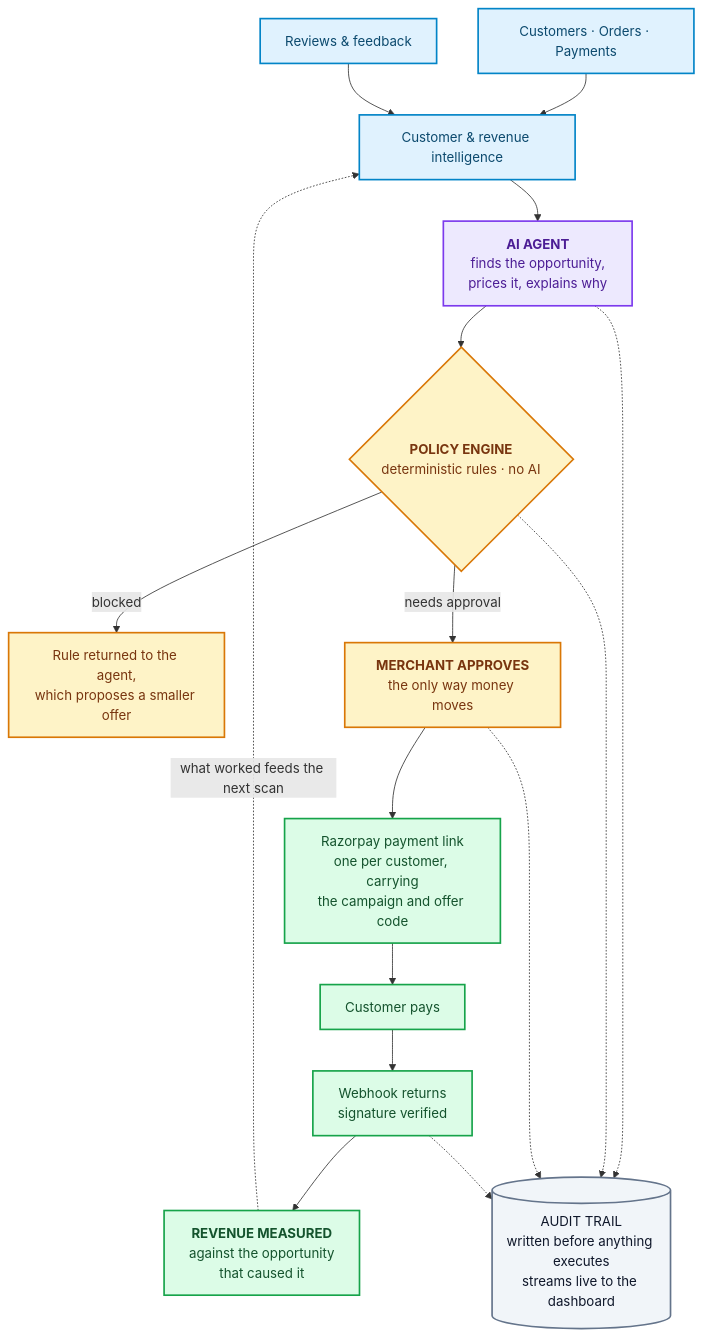
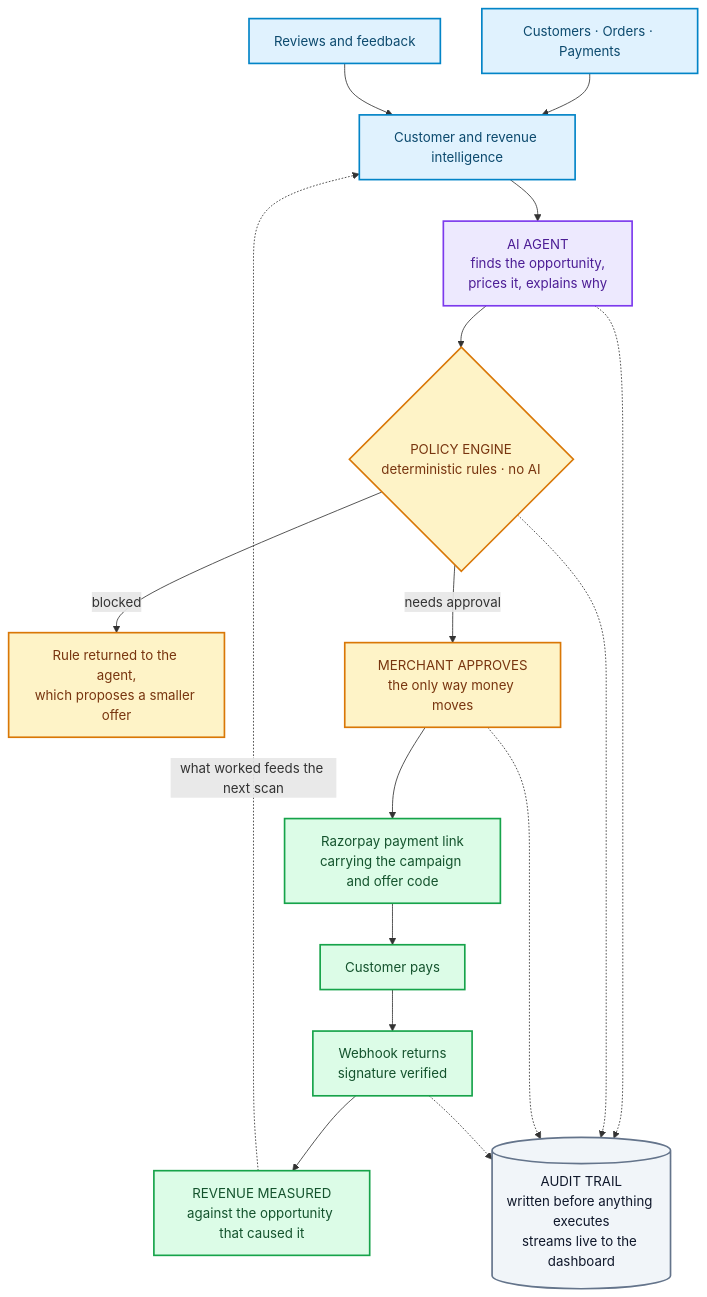
One commit to Yashukiran/RevPulse changed the diagram in README.md. Above: the diagram before and after it, drawn with Mermaid.

Commit message:
declare the diagram's nodes and classes separately so it cannot fail to render

````diff
--- a/README.md
+++ b/README.md
@@ -160,32 +160,44 @@
 ```mermaid
 flowchart TD
-    A["Customers · Orders · Payments"]:::data
-    B["Reviews &amp; feedback"]:::data
-    A --> C["Customer &amp; revenue intelligence"]:::data
+    A["Customers · Orders · Payments"]
+    B["Reviews and feedback"]
+    C["Customer and revenue intelligence"]
+    D["AI AGENT<br/>finds the opportunity,<br/>prices it, explains why"]
+    E{"POLICY ENGINE<br/>deterministic rules · no AI"}
+    F["Rule returned to the agent,<br/>which proposes a smaller offer"]
+    G["MERCHANT APPROVES<br/>the only way money moves"]
+    H["Razorpay payment link<br/>carrying the campaign and offer code"]
+    I["Customer pays"]
+    J["Webhook returns<br/>signature verified"]
+    K["REVENUE MEASURED<br/>against the opportunity that caused it"]
+    L[("AUDIT TRAIL<br/>written before anything executes<br/>streams live to the dashboard")]
+
+    A --> C
     B --> C
+    C --> D
+    D --> E
+    E -->|blocked| F
+    E -->|needs approval| G
+    G --> H
+    H --> I
+    I --> J
+    J --> K
+    K -.->|what worked feeds the next scan| C
 
-    C --> D["<b>AI AGENT</b><br/>finds the opportunity,<br/>prices it, explains why"]:::ai
-
-    D --> E{"<b>POLICY ENGINE</b><br/>deterministic rules · no AI"}:::gate
-    E -->|blocked| F["Rule returned to the agent,<br/>which proposes a smaller offer"]:::gate
-    E -->|needs approval| G["<b>MERCHANT APPROVES</b><br/>the only way money moves"]:::gate
-
-    G --> H["Razorpay payment link<br/>one per customer, carrying<br/>the campaign and offer code"]:::money
-    H --> I["Customer pays"]:::money
-    I --> J["Webhook returns<br/>signature verified"]:::money
-    J --> K["<b>REVENUE MEASURED</b><br/>against the opportunity<br/>that caused it"]:::money
-
-    K -.->|"what worked feeds the next scan"| C
-
-    L[("AUDIT TRAIL<br/>written before anything executes<br/>streams live to the dashboard")]:::audit
     D -.-> L
     E -.-> L
     G -.-> L
     J -.-> L
 
     classDef data fill:#e0f2fe,stroke:#0284c7,stroke-width:2px,color:#0c4a6e
     classDef ai fill:#ede9fe,stroke:#7c3aed,stroke-width:2px,color:#4c1d95
     classDef gate fill:#fef3c7,stroke:#d97706,stroke-width:2px,color:#78350f
     classDef money fill:#dcfce7,stroke:#16a34a,stroke-width:2px,color:#14532d
     classDef audit fill:#f1f5f9,stroke:#64748b,stroke-width:2px,color:#0f172a
+
+    class A,B,C data
+    class D ai
+    class E,F,G gate
+    class H,I,J,K money
+    class L audit
 ```
````
